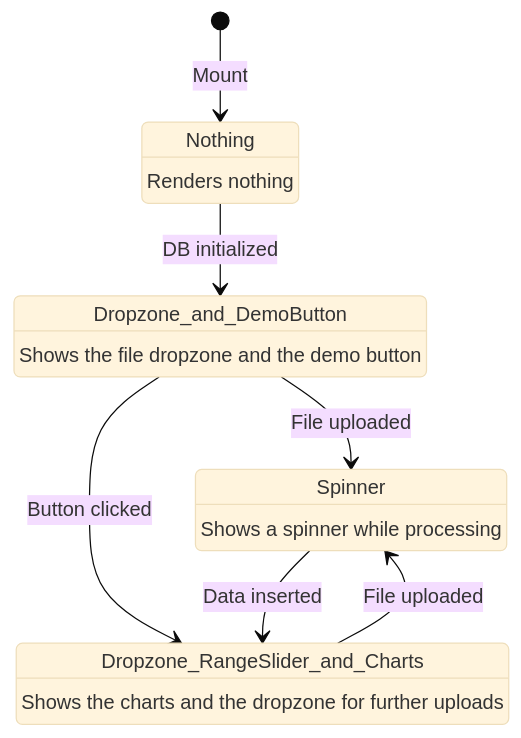
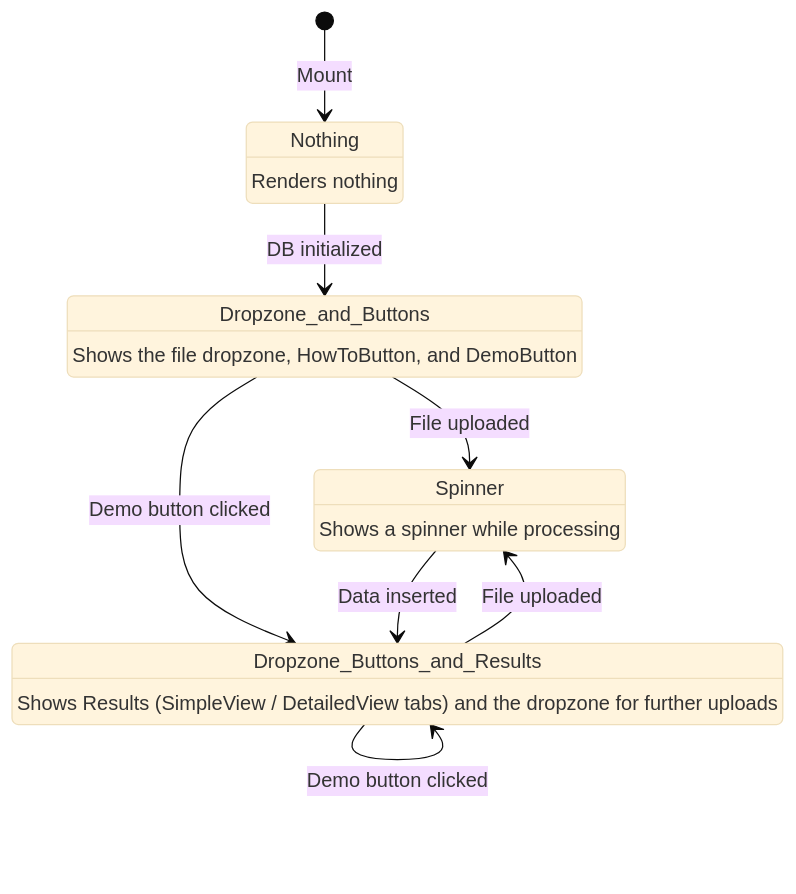
The first of 2 diagrams in app/README.md (Gudsfile/tracksy), drawn with Mermaid (base theme) before and after one commit. The commit also changed other lines of this file, not shown here.

````diff
--- a/app/README.md
+++ b/app/README.md
@@ -57,19 +59,20 @@
 ```mermaid
 stateDiagram-v2
   [*] --> Nothing:Mount
-  Nothing --> Dropzone_and_DemoButton:DB initialized
-  Dropzone_and_DemoButton --> Spinner:File uploaded
-  Dropzone_and_DemoButton --> Dropzone_RangeSlider_and_Charts:Button clicked
-  Spinner --> Dropzone_RangeSlider_and_Charts:Data inserted
-  Dropzone_RangeSlider_and_Charts --> Spinner:File uploaded
+  Nothing --> Dropzone_and_Buttons:DB initialized
+  Dropzone_and_Buttons --> Spinner:File uploaded
+  Dropzone_and_Buttons --> Dropzone_Buttons_and_Results:Demo button clicked
+  Spinner --> Dropzone_Buttons_and_Results:Data inserted
+  Dropzone_Buttons_and_Results --> Spinner:File uploaded
+  Dropzone_Buttons_and_Results --> Dropzone_Buttons_and_Results:Demo button clicked
 
   Nothing:Nothing
-  Dropzone_and_DemoButton:Dropzone_and_DemoButton
+  Dropzone_and_Buttons:Dropzone_and_Buttons
   Spinner:Spinner
-  Dropzone_RangeSlider_and_Charts:Dropzone_RangeSlider_and_Charts
+  Dropzone_Buttons_and_Results:Dropzone_Buttons_and_Results
 
 Nothing:Renders nothing
-Dropzone_and_DemoButton:Shows the file dropzone and the demo button
+Dropzone_and_Buttons:Shows the file dropzone, HowToButton, and DemoButton
 Spinner:Shows a spinner while processing
-Dropzone_RangeSlider_and_Charts:Shows the charts and the dropzone for further uploads
+Dropzone_Buttons_and_Results:Shows Results (SimpleView / DetailedView tabs) and the dropzone for further uploads
 ```
````
